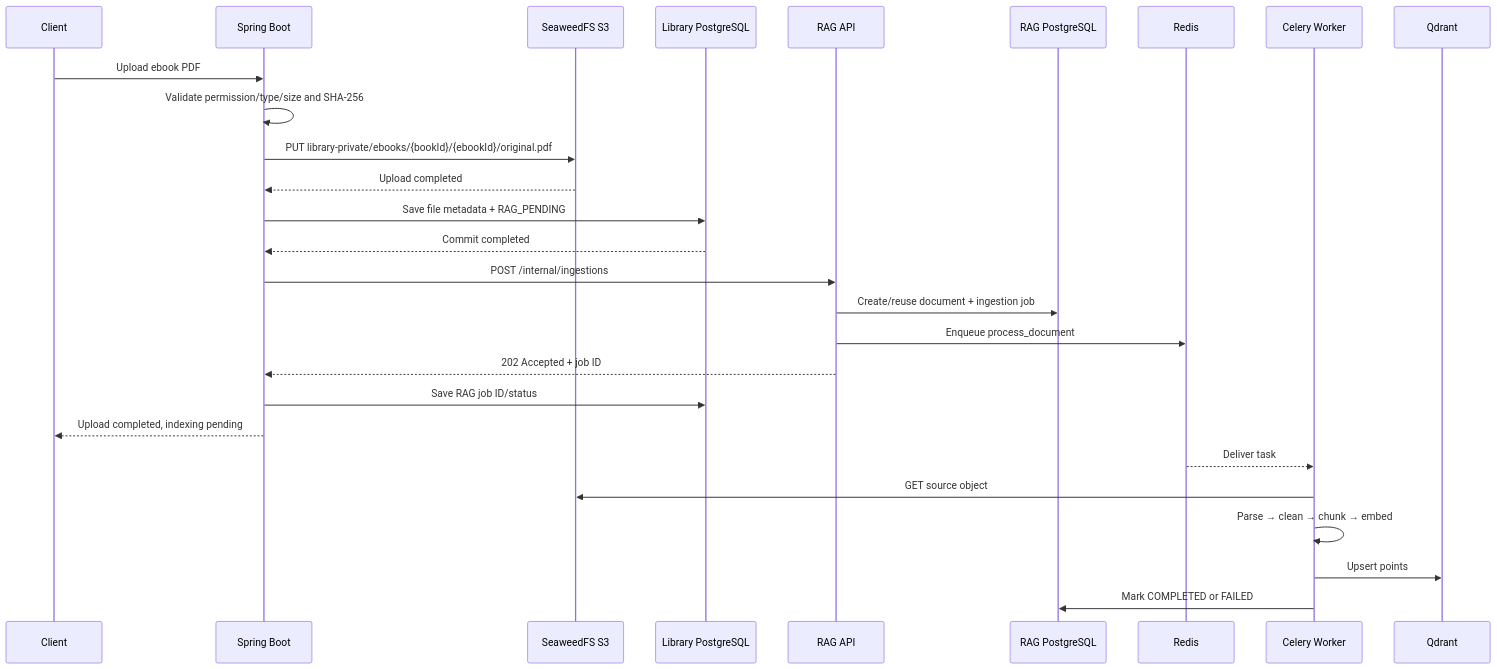
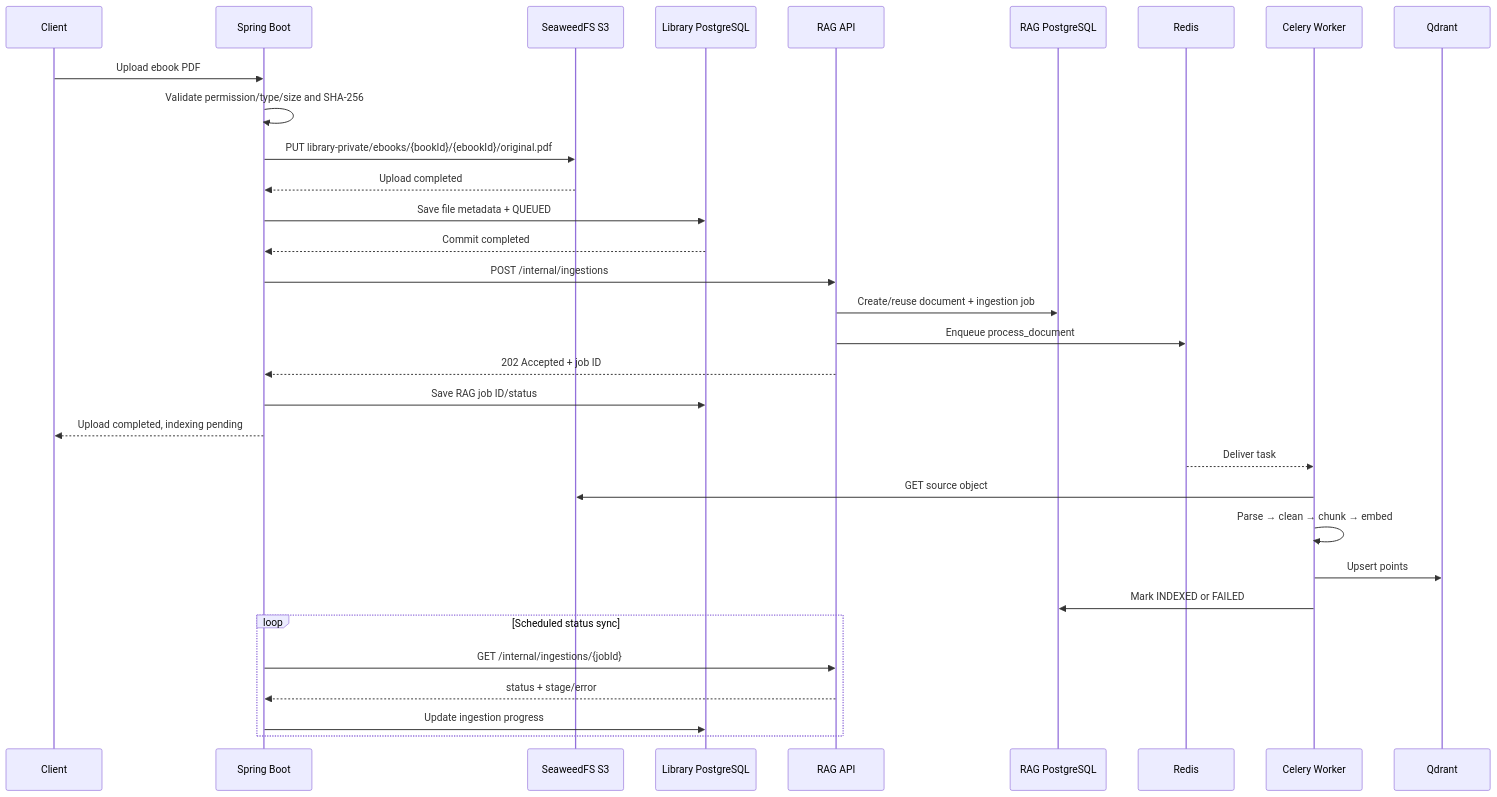
Before and after one commit to phandinhphuc1234/SE330_BE: the diagram in rag-service/docs/integration/springboot-rag-ingestion-contract.md, drawn with Mermaid. The commit also changed other lines of this file and 209 other files, not shown here.

````diff
--- a/rag-service/docs/integration/springboot-rag-ingestion-contract.md
+++ b/rag-service/docs/integration/springboot-rag-ingestion-contract.md
@@ -73,30 +77,35 @@
 ```mermaid
 sequenceDiagram
     participant Client
     participant Library as Spring Boot
     participant S3 as SeaweedFS S3
     participant LibraryDB as Library PostgreSQL
     participant RAG as RAG API
     participant RAGDB as RAG PostgreSQL
     participant Redis
     participant Worker as Celery Worker
     participant Qdrant
 
     Client->>Library: Upload ebook PDF
     Library->>Library: Validate permission/type/size and SHA-256
     Library->>S3: PUT library-private/ebooks/{bookId}/{ebookId}/original.pdf
     S3-->>Library: Upload completed
-    Library->>LibraryDB: Save file metadata + RAG_PENDING
+    Library->>LibraryDB: Save file metadata + QUEUED
     LibraryDB-->>Library: Commit completed
     Library->>RAG: POST /internal/ingestions
     RAG->>RAGDB: Create/reuse document + ingestion job
     RAG->>Redis: Enqueue process_document
     RAG-->>Library: 202 Accepted + job ID
     Library->>LibraryDB: Save RAG job ID/status
     Library-->>Client: Upload completed, indexing pending
     Redis-->>Worker: Deliver task
     Worker->>S3: GET source object
     Worker->>Worker: Parse → clean → chunk → embed
     Worker->>Qdrant: Upsert points
-    Worker->>RAGDB: Mark COMPLETED or FAILED
+    Worker->>RAGDB: Mark INDEXED or FAILED
+    loop Scheduled status sync
+        Library->>RAG: GET /internal/ingestions/{jobId}
+        RAG-->>Library: status + stage/error
+        Library->>LibraryDB: Update ingestion progress
+    end
 ```
````
